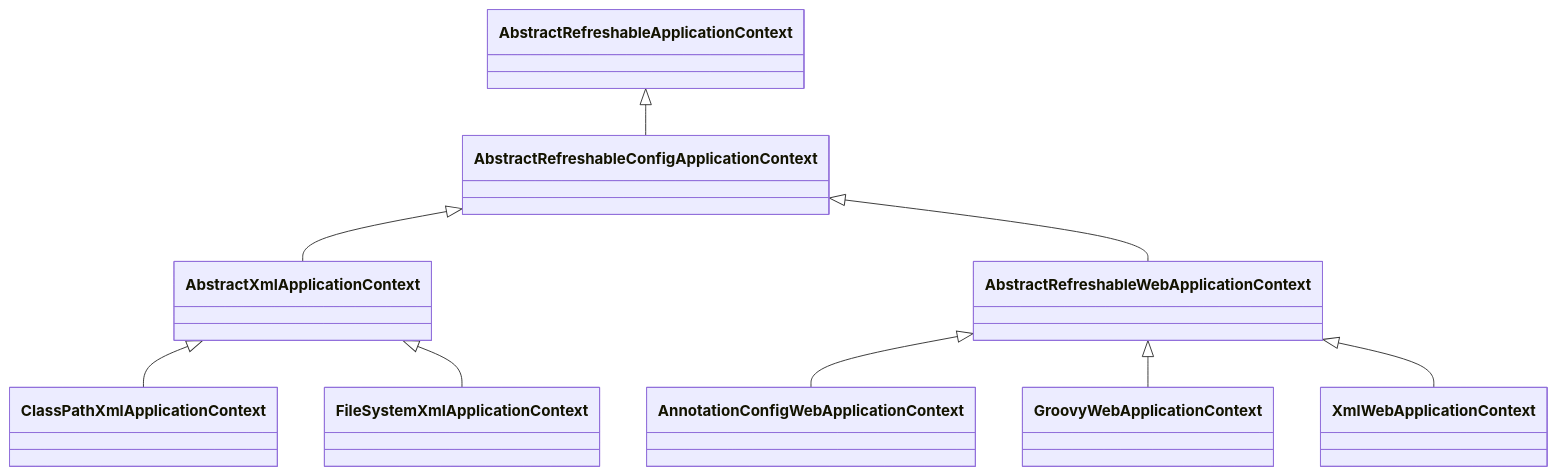
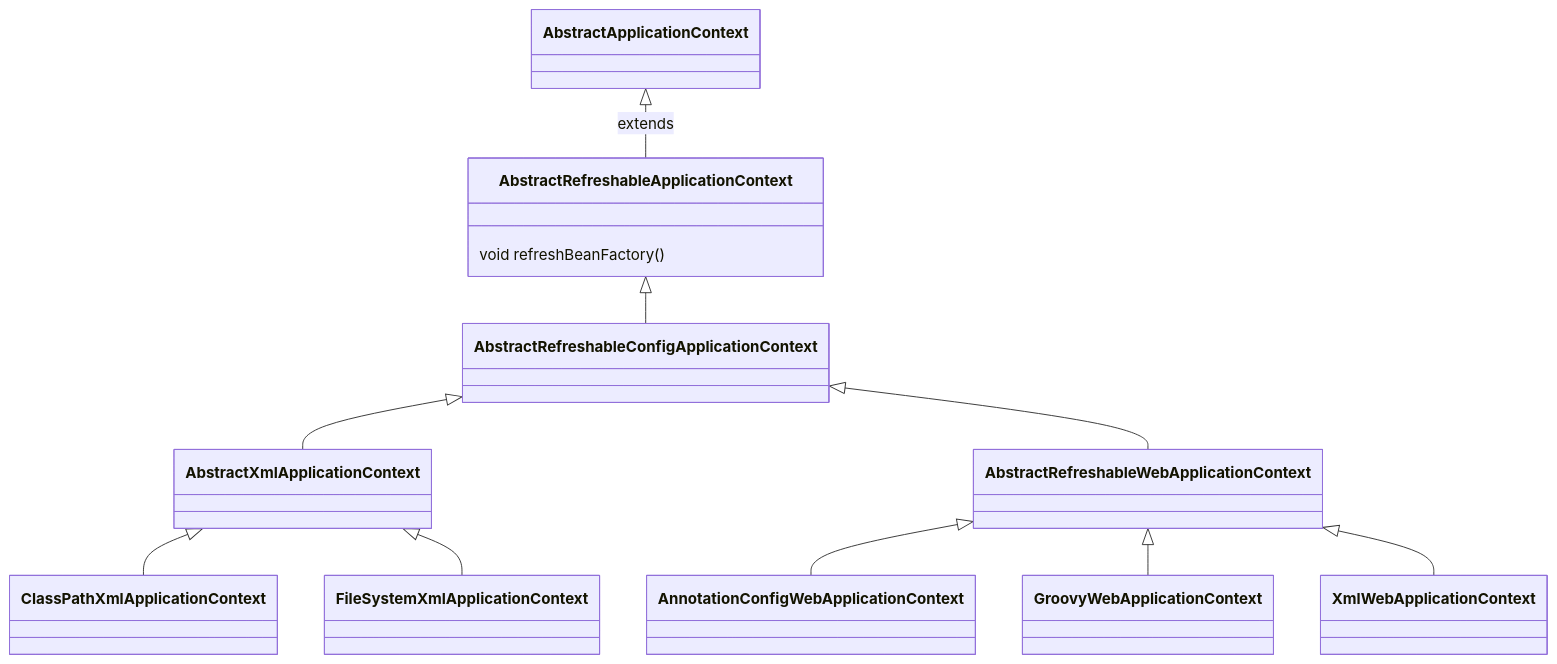
Before and after one commit to aijingsun6/springboot-example: the diagram in doc/AbstractRefreshableConfigApplicationContext.md, drawn with Mermaid. The commit also changed other lines of this file, not shown here.

Commit message:
AbstractRefreshableConfigApplicationContext

````diff
--- a/doc/AbstractRefreshableConfigApplicationContext.md
+++ b/doc/AbstractRefreshableConfigApplicationContext.md
@@ -3,11 +3,15 @@
 ```mermaid
 classDiagram
+    AbstractApplicationContext <|-- AbstractRefreshableApplicationContext:extends
     AbstractRefreshableApplicationContext <|-- AbstractRefreshableConfigApplicationContext
     AbstractRefreshableConfigApplicationContext <|-- AbstractXmlApplicationContext
     AbstractRefreshableConfigApplicationContext <|-- AbstractRefreshableWebApplicationContext
     AbstractXmlApplicationContext <|-- ClassPathXmlApplicationContext
     AbstractXmlApplicationContext <|-- FileSystemXmlApplicationContext
     AbstractRefreshableWebApplicationContext <|-- AnnotationConfigWebApplicationContext
     AbstractRefreshableWebApplicationContext <|-- GroovyWebApplicationContext
     AbstractRefreshableWebApplicationContext <|-- XmlWebApplicationContext
+class AbstractRefreshableApplicationContext {
+    void refreshBeanFactory()
+}
 ```
````
